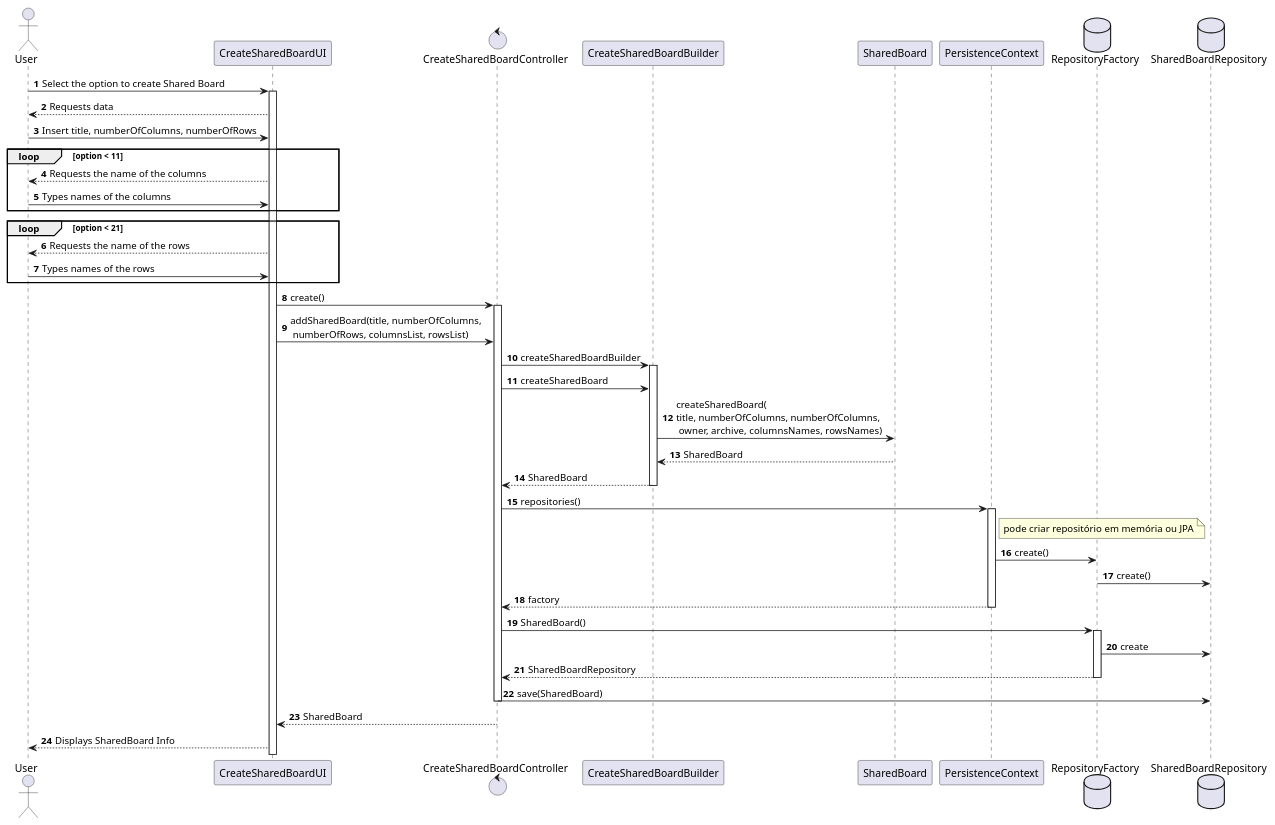
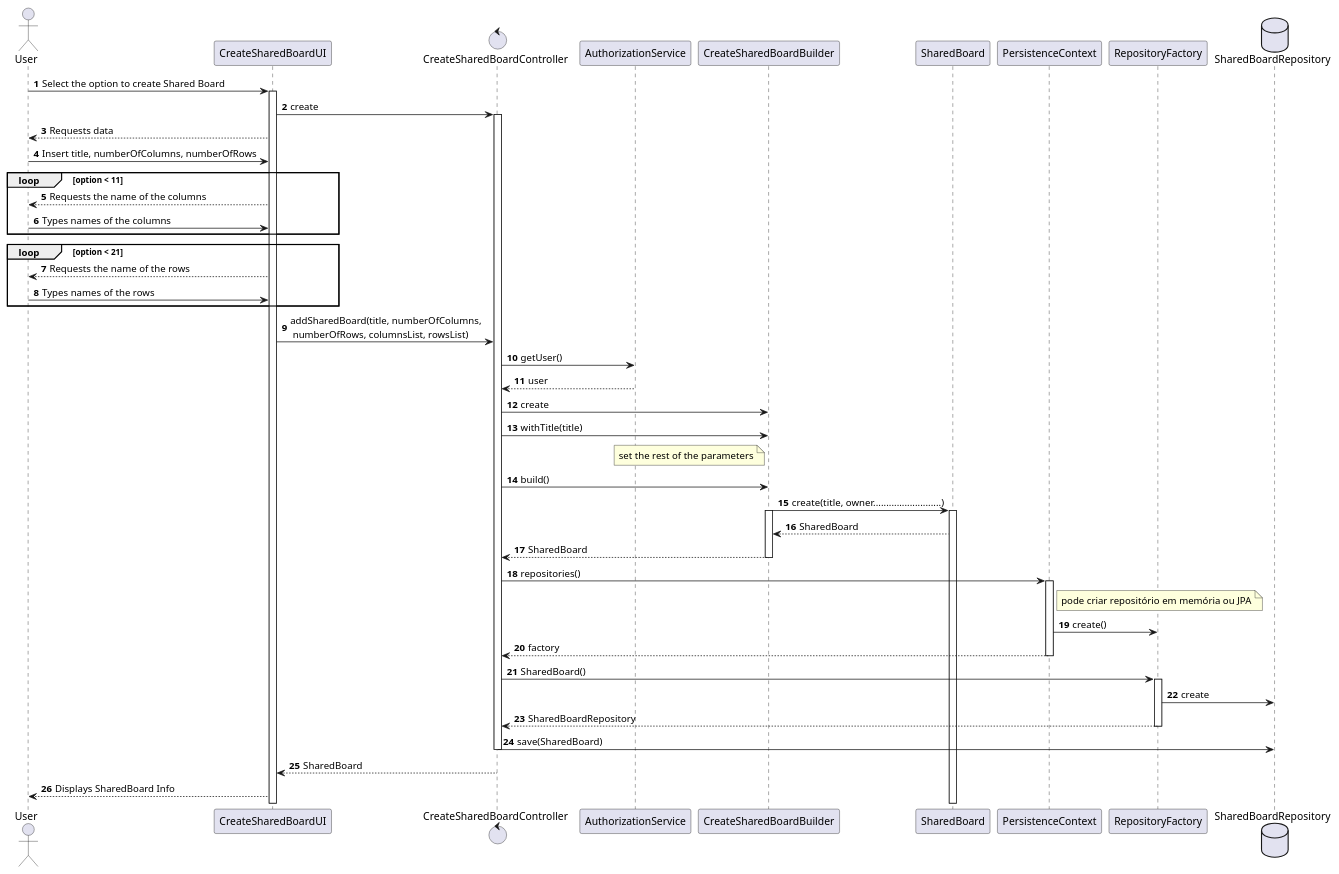
Before and after one commit to mascenso/isep-sem4-lapr4: the diagram in docs/SPRINT B/US3002 - Create a Shared Board/Sequence_Diagram.puml, drawn with PlantUML. The commit also changed 3 other files, not shown here.

Commit message:
[Sprint B][US3002] - Update Sequence Diagram

```diff
--- a/docs/SPRINT B/US3002 - Create a Shared Board/Sequence_Diagram.puml
+++ b/docs/SPRINT B/US3002 - Create a Shared Board/Sequence_Diagram.puml
@@ -1,57 +1,64 @@
 @startuml
 'https://plantuml.com/sequence-diagram
 
 autonumber
 
 actor User
 
 
 User -> CreateSharedBoardUI: Select the option to create Shared Board
 activate CreateSharedBoardUI
+control CreateSharedBoardController
+
+CreateSharedBoardUI -> CreateSharedBoardController: create
+activate CreateSharedBoardController
 CreateSharedBoardUI --> User: Requests data
 User -> CreateSharedBoardUI: Insert title, numberOfColumns, numberOfRows
     loop option < 11
         CreateSharedBoardUI --> User: Requests the name of the columns
         User -> CreateSharedBoardUI: Types names of the columns
     end
      loop option < 21
             CreateSharedBoardUI --> User: Requests the name of the rows
             User -> CreateSharedBoardUI: Types names of the rows
         end
 
-control CreateSharedBoardController
-CreateSharedBoardUI -> CreateSharedBoardController: create()
-activate CreateSharedBoardController
+
 CreateSharedBoardUI -> CreateSharedBoardController: addSharedBoard(title, numberOfColumns,\n numberOfRows, columnsList, rowsList)
+CreateSharedBoardController -> AuthorizationService : getUser()
+AuthorizationService --> CreateSharedBoardController : user
+CreateSharedBoardController -> CreateSharedBoardBuilder: create
+CreateSharedBoardController -> CreateSharedBoardBuilder: withTitle(title)
+note left of CreateSharedBoardBuilder: set the rest of the parameters
+CreateSharedBoardController -> CreateSharedBoardBuilder: build()
+CreateSharedBoardBuilder -> SharedBoard: create(title, owner..........................)
+activate SharedBoard
+activate CreateSharedBoardBuilder
+SharedBoard --> CreateSharedBoardBuilder: SharedBoard
 
-CreateSharedBoardController -> CreateSharedBoardBuilder: createSharedBoardBuilder
-activate CreateSharedBoardBuilder
-CreateSharedBoardController -> CreateSharedBoardBuilder: createSharedBoard
-CreateSharedBoardBuilder -> SharedBoard: createSharedBoard(\ntitle, numberOfColumns, numberOfColumns, \n owner, archive, columnsNames, rowsNames)
-SharedBoard --> CreateSharedBoardBuilder: SharedBoard
+
 CreateSharedBoardBuilder --> CreateSharedBoardController: SharedBoard
 deactivate CreateSharedBoardBuilder
 CreateSharedBoardController -> PersistenceContext: repositories()
 activate PersistenceContext
-database RepositoryFactory
+
 note right of PersistenceContext: pode criar repositório em memória ou JPA
 PersistenceContext -> RepositoryFactory: create()
 database SharedBoardRepository
-RepositoryFactory -> SharedBoardRepository: create()
 PersistenceContext --> CreateSharedBoardController : factory
 deactivate PersistenceContext
 CreateSharedBoardController -> RepositoryFactory: SharedBoard()
 activate RepositoryFactory
 RepositoryFactory -> SharedBoardRepository : create
 RepositoryFactory --> CreateSharedBoardController: SharedBoardRepository
 deactivate RepositoryFactory
 CreateSharedBoardController -> SharedBoardRepository: save(SharedBoard)
 deactivate CreateSharedBoardController
 CreateSharedBoardController --> CreateSharedBoardUI: SharedBoard
 
 CreateSharedBoardUI --> User: Displays SharedBoard Info
 
 deactivate CreateSharedBoardController
 
 
 @enduml
```
